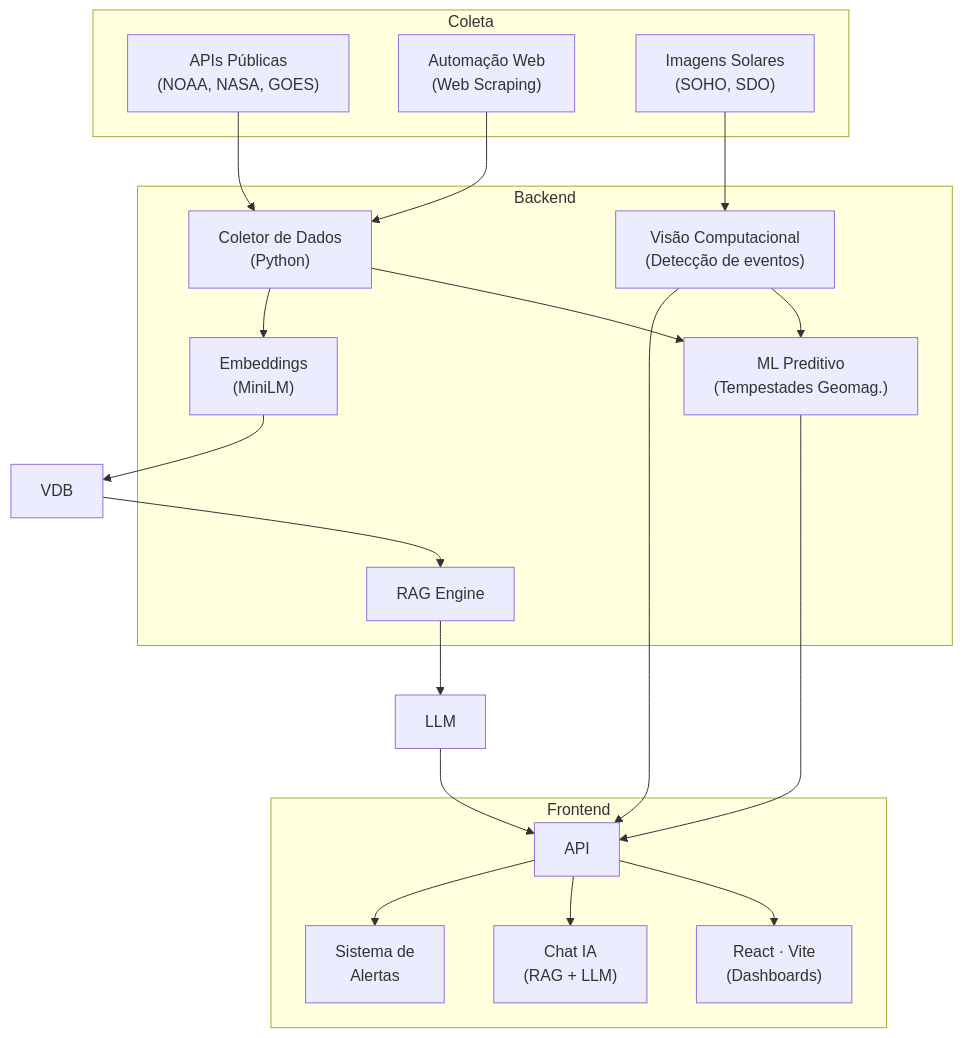
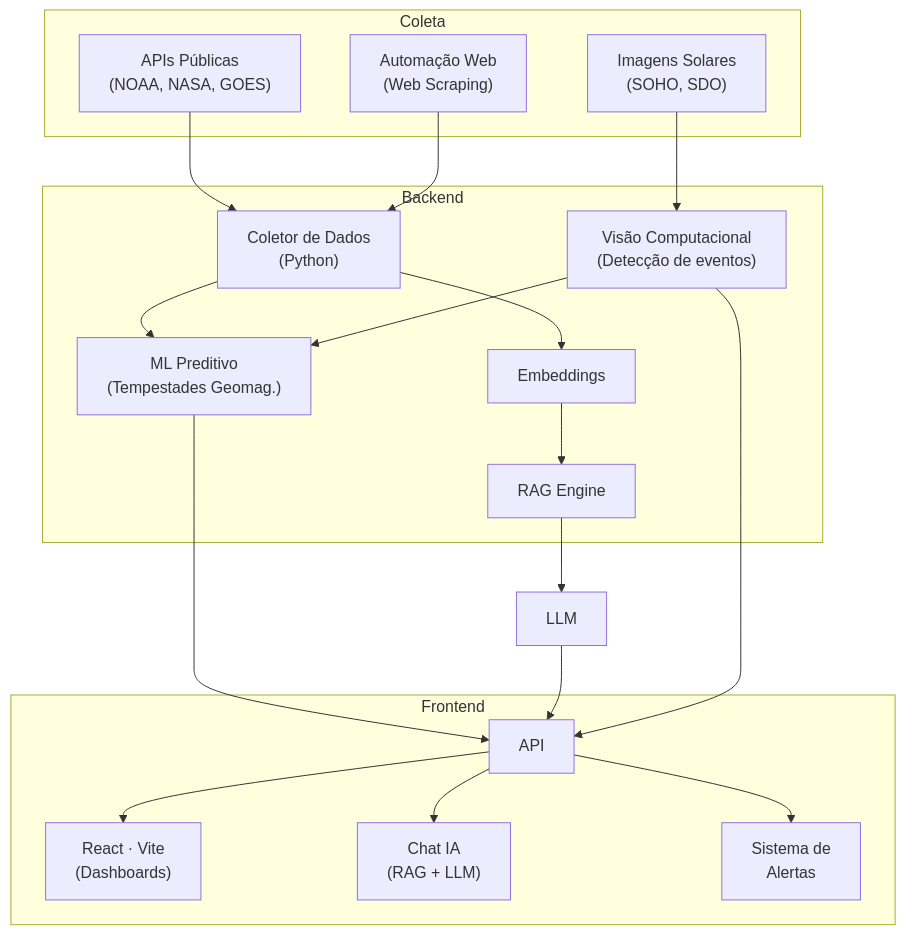
The diagram in README.md (ReMendess/space-climate-monitor), drawn with Mermaid before and after one commit.

````diff
--- a/README.md
+++ b/README.md
@@ -187,38 +187,37 @@
 ```mermaid
 flowchart TB
     subgraph Coleta
         API_Nasa["APIs Públicas<br>(NOAA, NASA, GOES)"]
         WEB["Automação Web<br>(Web Scraping)"]
         IMG["Imagens Solares<br>(SOHO, SDO)"]
     end
 
     subgraph Backend
         COL["Coletor de Dados<br>(Python)"]
         CV["Visão Computacional<br>(Detecção de eventos)"]
         ML["ML Preditivo<br>(Tempestades Geomag.)"]
-        EMB["Embeddings<br>(MiniLM)"]
+        EMB["Embeddings<br>"]
         RAG["RAG Engine"]
     end
 
     subgraph Frontend
         API
         REACT["React · Vite<br>(Dashboards)"]
         CHAT["Chat IA<br>(RAG + LLM)"]
         ALERT["Sistema de<br>Alertas"]
     end
 
     API_Nasa --> COL
     WEB --> COL
     IMG --> CV
     COL --> ML
-    COL --> EMB --> VDB
+    COL --> EMB --> RAG
     CV --> ML
-    VDB --> RAG
     RAG --> LLM
     ML --> API
     LLM --> API
     CV --> API
     API --> REACT
     API --> CHAT
     API --> ALERT
 ```
````
